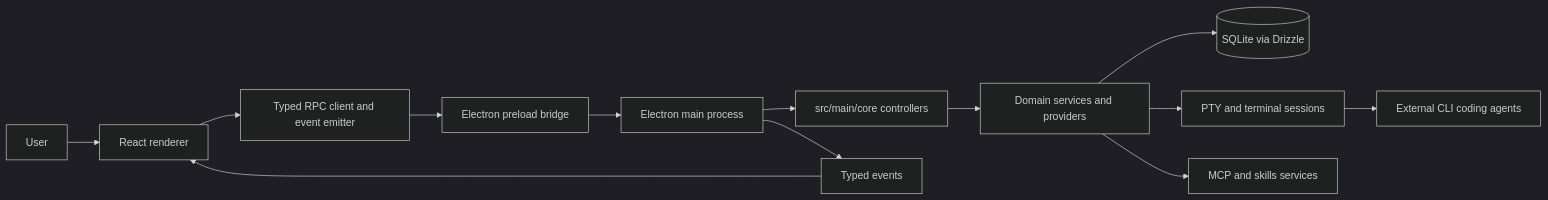
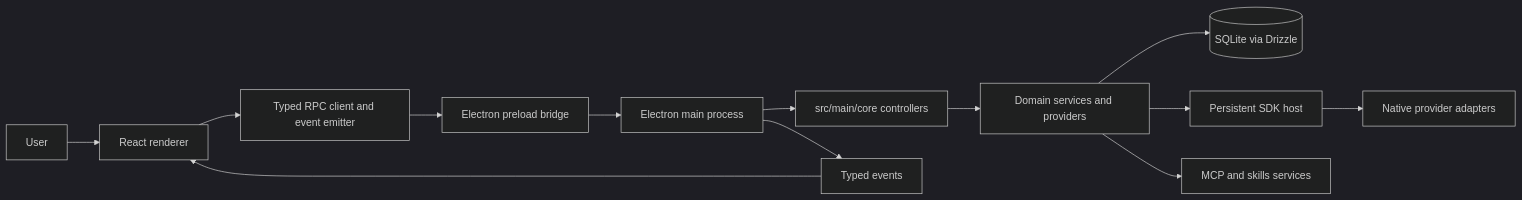
Before and after one commit to sandbox-quantum/switch: the diagram in console/AGENTS.md, drawn with Mermaid (dark theme). The commit also changed other lines of this file and 55 other files, not shown here.

Commit message:
refactor(console): remove residual terminal UI and document SDK-only sessions

````diff
--- a/console/AGENTS.md
+++ b/console/AGENTS.md
@@ -285,15 +278,15 @@
 ```mermaid
 flowchart LR
   User[User] --> Renderer[React renderer]
   Renderer --> RPC[Typed RPC client and event emitter]
   RPC --> Preload[Electron preload bridge]
   Preload --> Main[Electron main process]
   Main --> Controllers[src/main/core controllers]
   Controllers --> Services[Domain services and providers]
   Services --> DB[(SQLite via Drizzle)]
-  Services --> PTY[PTY and terminal sessions]
+  Services --> SDK[Persistent SDK host]
   Services --> MCP[MCP and skills services]
-  PTY --> Agents[External CLI coding agents]
+  SDK --> Agents[Native provider adapters]
   Main --> Events[Typed events]
   Events --> Renderer
 ```
````
